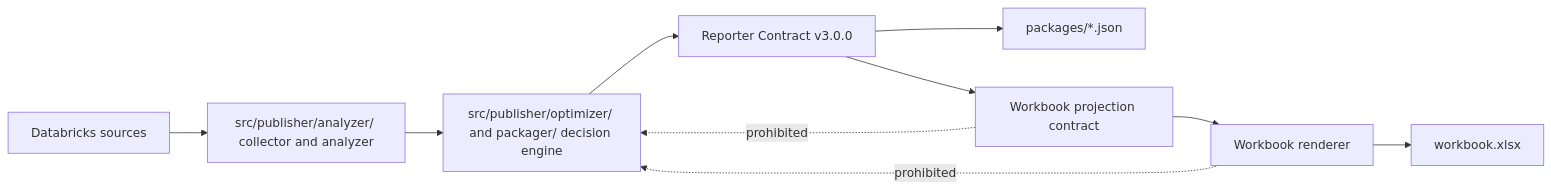
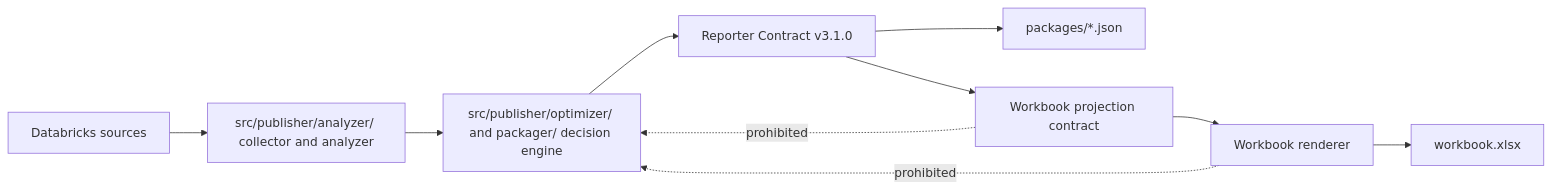
Before and after one commit to thiaga-gk/expert-funicular: the first of 19 diagrams in docs/architecture/lld.md, drawn with Mermaid. The commit also changed other lines of this file and 146 other files, not shown here.

````diff
--- a/docs/architecture/lld.md
+++ b/docs/architecture/lld.md
@@ -110,13 +110,13 @@
 ```mermaid
 flowchart LR
     SRC[Databricks sources] --> ANA[src/publisher/analyzer/ collector and analyzer]
     ANA --> PUB[src/publisher/optimizer/ and packager/ decision engine]
-    PUB --> RC[Reporter Contract v3.0.0]
+    PUB --> RC[Reporter Contract v3.1.0]
     RC --> JSON[packages/*.json]
     RC --> WC[Workbook projection contract]
     WC --> XR[Workbook renderer]
     XR --> XLSX[workbook.xlsx]
 
     WC -. prohibited .-> PUB
     XR -. prohibited .-> PUB
 ```
````
